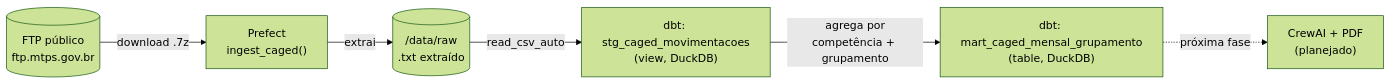
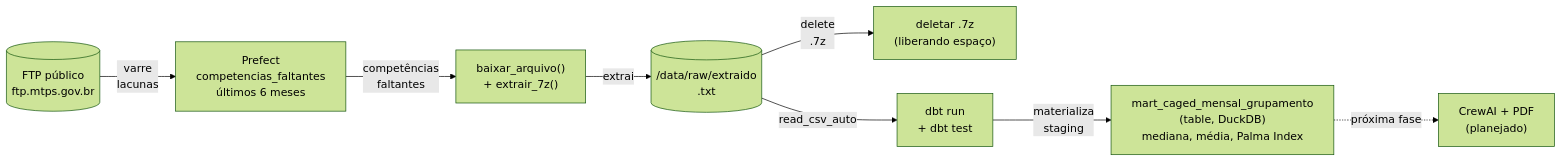
The first of 2 diagrams in README.md (raulleninis/heco-caged-datastack), drawn with Mermaid (forest theme) before and after one commit.

Commit message:
docs: Atualizar arquitetura no README refletindo F01-F07
Diagrama mermaid agora mostra estado real do pipeline:

- competencias_faltantes(): varredura inteligente de 6 meses
- Deleção automática de .7z após extração (ganho de espaço)
- dbt run + test executados dentro do flow
- Staging materializada (após F09)
- Mart com 4 métricas (mediana, média, Palma Index)

Fluxo: FTP → scan lacunas → download → extract → delete .7z → dbt → mart

````diff
--- a/README.md
+++ b/README.md
@@ -10,15 +10,19 @@
 ```mermaid
 flowchart LR
     FTP[("FTP público\nftp.mtps.gov.br")]
-    DL["Prefect\ningest_caged()"]
-    RAW[("/data/raw\n.txt extraído")]
-    STG["dbt: stg_caged_movimentacoes\n(view, DuckDB)"]
-    MART["dbt: mart_caged_mensal_grupamento\n(table, DuckDB)"]
-    REPORT["CrewAI + PDF\n(planejado)"]
+    SCAN["Prefect\ncompetencias_faltantes<br/>últimos 6 meses"]
+    DL["baixar_arquivo()<br/>+ extrair_7z()"]
+    DEL["deletar .7z<br/>(liberando espaço)"]
+    RAW[("/data/raw/extraido<br/>.txt")]
+    RUN["dbt run<br/>+ dbt test"]
+    MART["mart_caged_mensal_grupamento<br/>(table, DuckDB)<br/>mediana, média, Palma Index"]
+    REPORT["CrewAI + PDF<br/>(planejado)"]
 
-    FTP -->|"download .7z"| DL
+    FTP -->|"varre<br/>lacunas"| SCAN
+    SCAN -->|"competências<br/>faltantes"| DL
     DL -->|"extrai"| RAW
-    RAW -->|"read_csv_auto"| STG
-    STG -->|"agrega por\ncompetência + grupamento"| MART
+    RAW -->|"delete<br/>.7z"| DEL
+    RAW -->|"read_csv_auto"| RUN
+    RUN -->|"materializa<br/>staging"| MART
     MART -.->|"próxima fase"| REPORT
 ```
````
